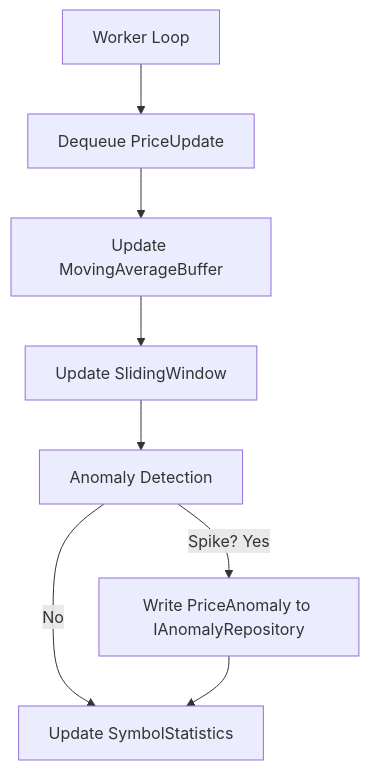
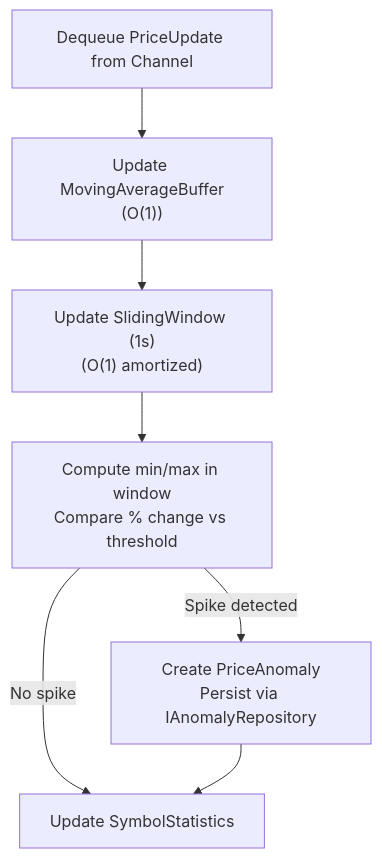
The fifth of 11 diagrams in README.md (yasserebrahimi/MarketDataSystem), drawn with Mermaid before and after one commit. The commit also changed other lines of this file, not shown here.

````diff
--- a/README.md
+++ b/README.md
@@ -222,10 +189,9 @@
 ```mermaid
-graph TD
-    W[Worker Loop] --> DQ[Dequeue PriceUpdate]
-    DQ --> MA[Update MovingAverageBuffer]
-    MA --> SW[Update SlidingWindow]
-    SW --> DET[Anomaly Detection]
-    DET -->|Spike? Yes| ANO[Write PriceAnomaly to IAnomalyRepository]
-    DET -->|No| STATS
-    ANO --> STATS[Update SymbolStatistics]
+flowchart TD
+    Start["Dequeue PriceUpdate from Channel"] --> MA["Update MovingAverageBuffer<br/>(O(1))"]
+    MA --> SW["Update SlidingWindow (1s)<br/>(O(1) amortized)"]
+    SW --> Check["Compute min/max in window<br/>Compare % change vs threshold"]
+    Check -->|No spike| Stats["Update SymbolStatistics"]
+    Check -->|Spike detected| Anom["Create PriceAnomaly<br/>Persist via IAnomalyRepository"]
+    Anom --> Stats
 ```
````
